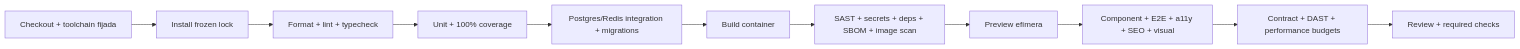
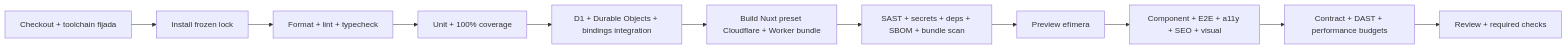
Before and after one commit to tonomolla6/neteco: the second of 3 diagrams in INFORME_MAESTRO_NETECO_PRODUCCION.md, drawn with Mermaid. The commit also changed other lines of this file, not shown here.

Commit message:
docs: adapt production roadmap to Cloudflare

````diff
--- a/INFORME_MAESTRO_NETECO_PRODUCCION.md
+++ b/INFORME_MAESTRO_NETECO_PRODUCCION.md
@@ -1716,13 +1747,13 @@
 ```mermaid
 flowchart LR
     A[Checkout + toolchain fijada] --> B[Install frozen lock]
     B --> C[Format + lint + typecheck]
     C --> D[Unit + 100% coverage]
-    D --> E[Postgres/Redis integration + migrations]
-    E --> F[Build container]
-    F --> G[SAST + secrets + deps + SBOM + image scan]
+    D --> E[D1 + Durable Objects + bindings integration]
+    E --> F[Build Nuxt preset Cloudflare + Worker bundle]
+    F --> G[SAST + secrets + deps + SBOM + bundle scan]
     G --> H[Preview efímera]
     H --> I[Component + E2E + a11y + SEO + visual]
     I --> J[Contract + DAST + performance budgets]
     J --> K[Review + required checks]
 ```
````
